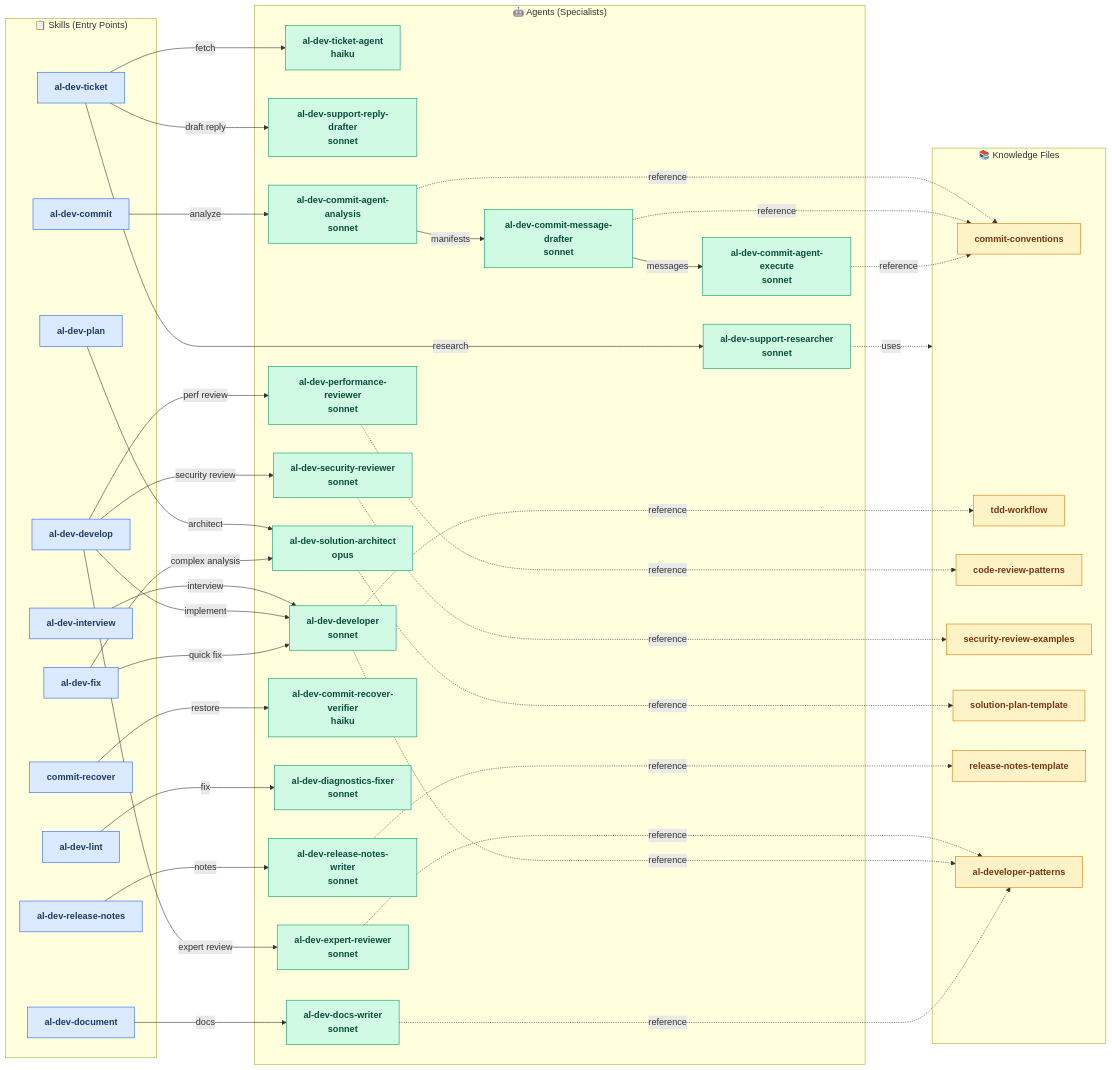
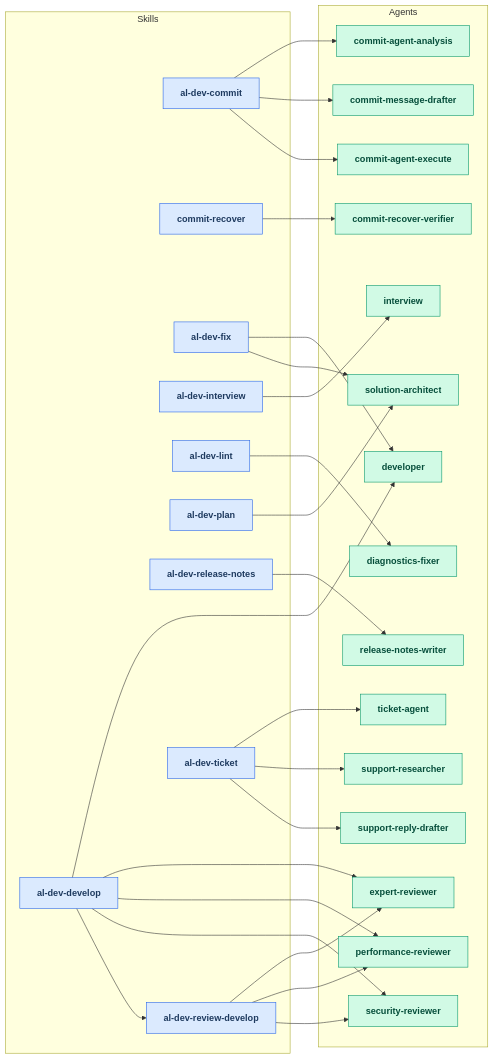
Before and after one commit to russell-laing/al-dev-shared: the first of 2 diagrams in docs/al-dev-workflow-diagrams.md, drawn with Mermaid. The commit also changed other lines of this file and 3 other files, not shown here.

First line of the commit message:
docs: commit plan file and pre-existing map/diagram updates

````diff
--- a/docs/al-dev-workflow-diagrams.md
+++ b/docs/al-dev-workflow-diagrams.md
@@ -10,95 +8,84 @@
 ```mermaid
 flowchart LR
-  classDef skillNode fill:#dbeafe,stroke:#2563eb,color:#1e3a5f,font-weight:bold
-  classDef agentNode fill:#d1fae5,stroke:#059669,color:#064e3b,font-weight:bold
-  classDef knowledgeNode fill:#fef3c7,stroke:#d97706,color:#78350f,font-weight:bold
+    classDef skillNode fill:#dbeafe,stroke:#2563eb,color:#1e3a5f,font-weight:bold
+    classDef agentNode fill:#d1fae5,stroke:#059669,color:#064e3b,font-weight:bold
 
-  subgraph Skills["📋 Skills (Entry Points)"]
-    al_dev_ticket["al-dev-ticket"]
-    al_dev_fix["al-dev-fix"]
-    al_dev_develop["al-dev-develop"]
-    al_dev_plan["al-dev-plan"]
-    al_dev_lint["al-dev-lint"]
-    al_dev_commit["al-dev-commit"]
-    al_dev_document["al-dev-document"]
-    al_dev_interview["al-dev-interview"]
-    al_dev_release_notes["al-dev-release-notes"]
-    commit_recover["commit-recover"]
-  end
+    subgraph Skills[Skills]
+        al_dev_commit[al-dev-commit]
+        commit_recover[commit-recover]
+        al_dev_develop[al-dev-develop]
+        al_dev_fix[al-dev-fix]
+        al_dev_interview_sk[al-dev-interview]
+        al_dev_lint[al-dev-lint]
+        al_dev_plan[al-dev-plan]
+        al_dev_release_notes[al-dev-release-notes]
+        al_dev_review_develop[al-dev-review-develop]
+        al_dev_ticket[al-dev-ticket]
+    end
 
-  subgraph Agents["🤖 Agents (Specialists)"]
-    ticket_agent["al-dev-ticket-agent<br/>haiku"]
-    support_researcher["al-dev-support-researcher<br/>sonnet"]
-    support_reply_drafter["al-dev-support-reply-drafter<br/>sonnet"]
-    solution_architect["al-dev-solution-architect<br/>opus"]
-    developer["al-dev-developer<br/>sonnet"]
-    expert_reviewer["al-dev-expert-reviewer<br/>sonnet"]
-    perf_reviewer["al-dev-performance-reviewer<br/>sonnet"]
-    security_reviewer["al-dev-security-reviewer<br/>sonnet"]
-    commit_analysis["al-dev-commit-agent-analysis<br/>sonnet"]
-    commit_drafter["al-dev-commit-message-drafter<br/>sonnet"]
-    commit_execute["al-dev-commit-agent-execute<br/>sonnet"]
-    commit_recover_verifier["al-dev-commit-recover-verifier<br/>haiku"]
-    diagnostics_fixer["al-dev-diagnostics-fixer<br/>sonnet"]
-    docs_writer["al-dev-docs-writer<br/>sonnet"]
-    release_notes["al-dev-release-notes-writer<br/>sonnet"]
-  end
+    subgraph Agents[Agents]
+        ag_commit_analysis[commit-agent-analysis]
+        ag_commit_drafter[commit-message-drafter]
+        ag_commit_execute[commit-agent-execute]
+        ag_commit_recover[commit-recover-verifier]
+        ag_developer[developer]
+        ag_diagnostics[diagnostics-fixer]
+        ag_expert[expert-reviewer]
+        ag_interview[interview]
+        ag_perf[performance-reviewer]
+        ag_release[release-notes-writer]
+        ag_security[security-reviewer]
+        ag_architect[solution-architect]
+        ag_support_reply[support-reply-drafter]
+        ag_support_research[support-researcher]
+        ag_ticket[ticket-agent]
+    end
 
-  subgraph Knowledge["📚 Knowledge Files"]
-    commit_conventions["commit-conventions"]
-    tdd_workflow["tdd-workflow"]
-    code_review_patterns["code-review-patterns"]
-    security_patterns["security-review-examples"]
-    solution_template["solution-plan-template"]
-    release_template["release-notes-template"]
-    al_patterns["al-developer-patterns"]
-  end
+    al_dev_commit --> ag_commit_analysis
+    al_dev_commit --> ag_commit_drafter
+    al_dev_commit --> ag_commit_execute
+    commit_recover --> ag_commit_recover
+    al_dev_develop --> ag_developer
+    al_dev_develop --> ag_expert
+    al_dev_develop --> ag_perf
+    al_dev_develop --> ag_security
+    al_dev_develop --> al_dev_review_develop
+    al_dev_fix --> ag_developer
+    al_dev_fix --> ag_architect
+    al_dev_interview_sk --> ag_interview
+    al_dev_lint --> ag_diagnostics
+    al_dev_plan --> ag_architect
+    al_dev_release_notes --> ag_release
+    al_dev_review_develop --> ag_expert
+    al_dev_review_develop --> ag_perf
+    al_dev_review_develop --> ag_security
+    al_dev_ticket --> ag_ticket
+    al_dev_ticket --> ag_support_research
+    al_dev_ticket --> ag_support_reply
 
-  %% Ticket flow
-  al_dev_ticket -->|fetch| ticket_agent
-  al_dev_ticket -->|research| support_researcher
-  al_dev_ticket -->|draft reply| support_reply_drafter
-  support_researcher -.->|uses| Knowledge
-
-  %% Development flow
-  al_dev_interview -->|interview| developer
-  al_dev_plan -->|architect| solution_architect
-  al_dev_develop -->|implement| developer
-  al_dev_develop -->|expert review| expert_reviewer
-  al_dev_develop -->|perf review| perf_reviewer
-  al_dev_develop -->|security review| security_reviewer
-  expert_reviewer -.->|reference| al_patterns
-  perf_reviewer -.->|reference| code_review_patterns
-  security_reviewer -.->|reference| security_patterns
-
-  %% Commit flow
-  al_dev_commit -->|analyze| commit_analysis
-  commit_analysis -->|manifests| commit_drafter
-  commit_drafter -->|messages| commit_execute
-  commit_analysis -.->|reference| commit_conventions
-  commit_drafter -.->|reference| commit_conventions
-  commit_execute -.->|reference| commit_conventions
-
-  %% Lint flow
-  al_dev_lint -->|fix| diagnostics_fixer
-
-  %% Post-implementation flows
-  al_dev_document -->|docs| docs_writer
-  al_dev_release_notes -->|notes| release_notes
-  commit_recover -->|restore| commit_recover_verifier
-
-  %% Direct fix (bypasses planning)
-  al_dev_fix -->|quick fix| developer
-  al_dev_fix -->|complex analysis| solution_architect
-
-  %% Shared knowledge dependencies
-  developer -.->|reference| tdd_workflow
-  developer -.->|reference| al_patterns
-  solution_architect -.->|reference| solution_template
-  release_notes -.->|reference| release_template
-  docs_writer -.->|reference| al_patterns
-
-  class al_dev_ticket,al_dev_fix,al_dev_develop,al_dev_plan,al_dev_lint,al_dev_commit,al_dev_document,al_dev_interview,al_dev_release_notes,commit_recover skillNode
-  class ticket_agent,support_researcher,support_reply_drafter,solution_architect,developer,expert_reviewer,perf_reviewer,security_reviewer,commit_analysis,commit_drafter,commit_execute,commit_recover_verifier,diagnostics_fixer,docs_writer,release_notes agentNode
-  class commit_conventions,tdd_workflow,code_review_patterns,security_patterns,solution_template,release_template,al_patterns knowledgeNode
+    class al_dev_commit skillNode
+    class commit_recover skillNode
+    class al_dev_develop skillNode
+    class al_dev_fix skillNode
+    class al_dev_interview_sk skillNode
+    class al_dev_lint skillNode
+    class al_dev_plan skillNode
+    class al_dev_release_notes skillNode
+    class al_dev_review_develop skillNode
+    class al_dev_ticket skillNode
+    class ag_commit_analysis agentNode
+    class ag_commit_drafter agentNode
+    class ag_commit_execute agentNode
+    class ag_commit_recover agentNode
+    class ag_developer agentNode
+    class ag_diagnostics agentNode
+    class ag_expert agentNode
+    class ag_interview agentNode
+    class ag_perf agentNode
+    class ag_release agentNode
+    class ag_security agentNode
+    class ag_architect agentNode
+    class ag_support_reply agentNode
+    class ag_support_research agentNode
+    class ag_ticket agentNode
 ```
````
